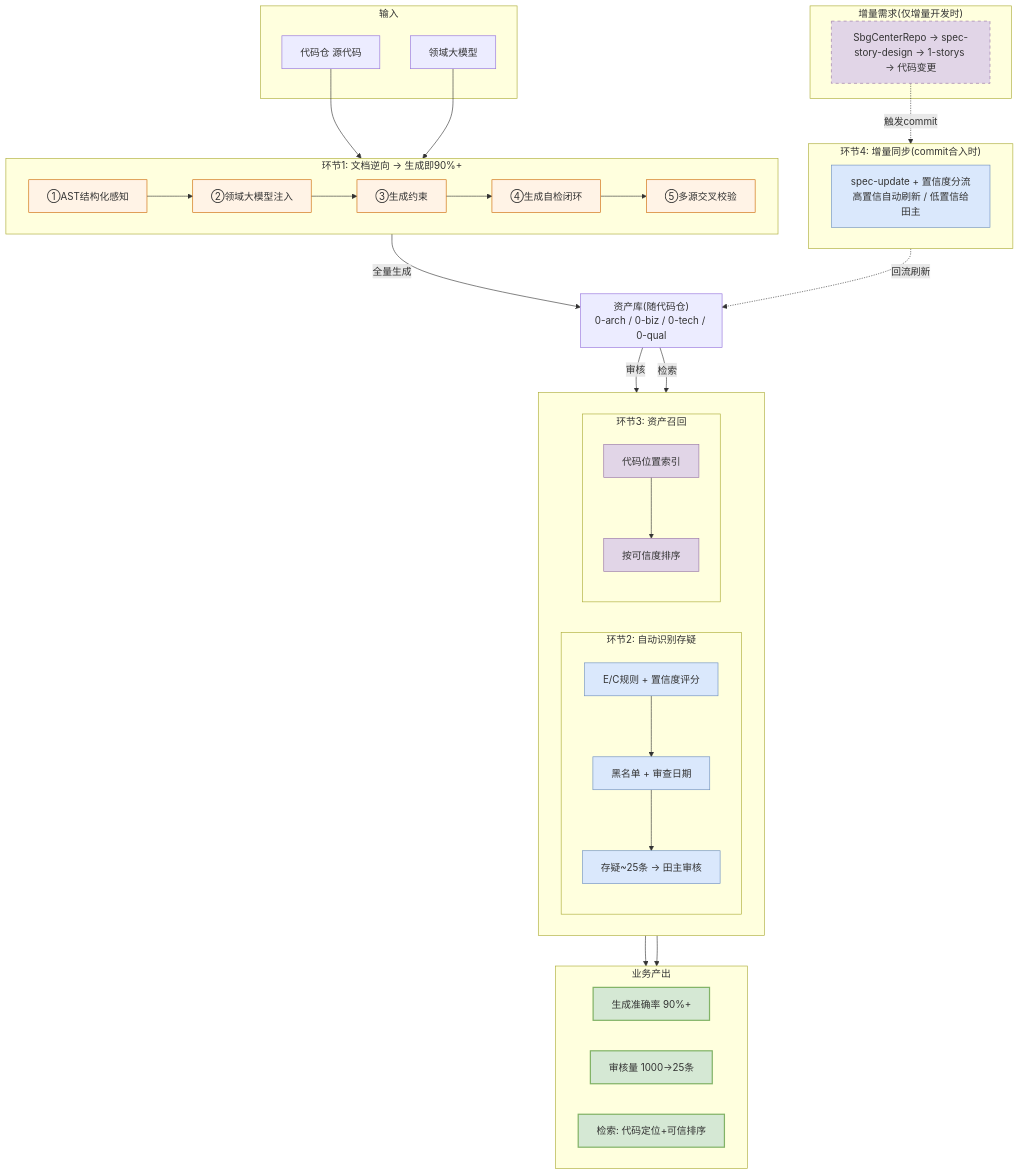
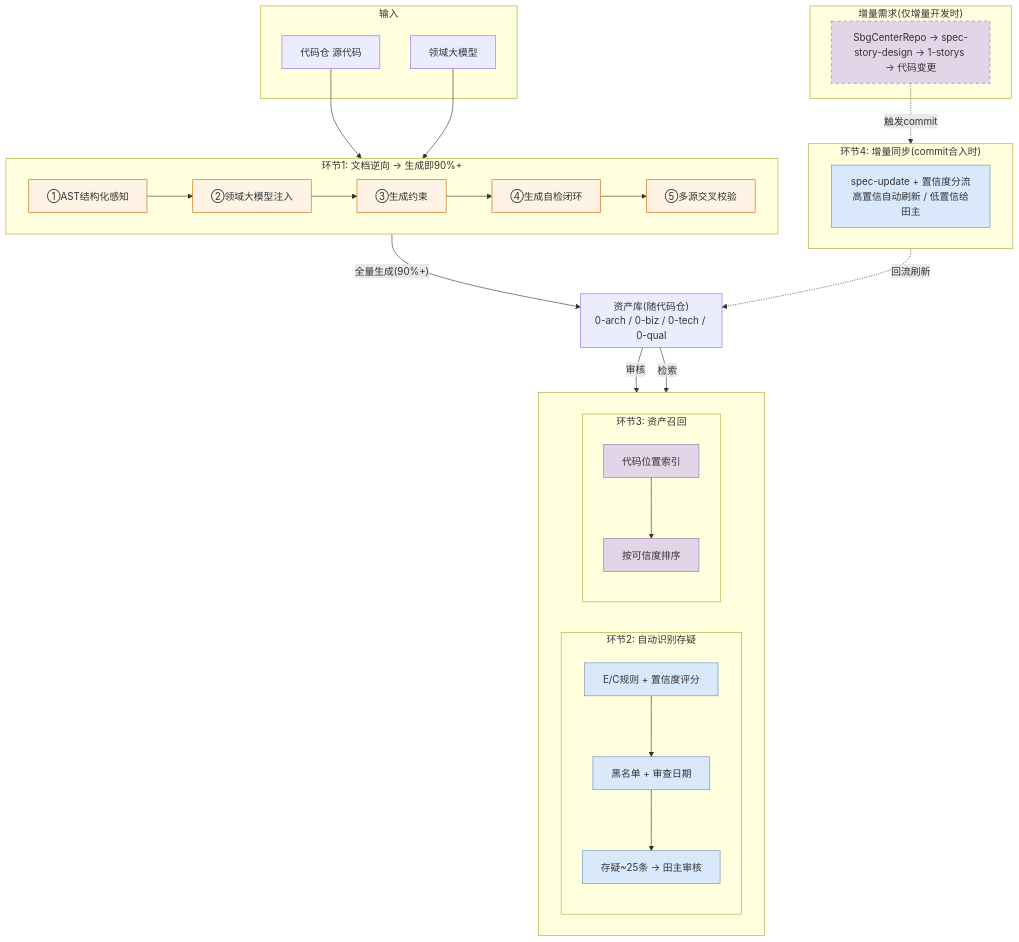
Before and after one commit to hututuxinyu/Memory: the first of 3 diagrams in POC/云核知识资产治理解决方案.md, drawn with Mermaid.

Commit message:
fix: remove Output layer from architecture diagram — business outcomes are results not a processing step, annotate on each environment instead

````diff
--- a/POC/云核知识资产治理解决方案.md
+++ b/POC/云核知识资产治理解决方案.md
@@ -18,75 +18,64 @@
 ```mermaid
 flowchart TB
     subgraph Input["输入"]
         I1["代码仓 源代码"]
         I2["领域大模型"]
     end
 
     subgraph R1["环节1: 文档逆向 → 生成即90%+"]
         direction LR
         R1a["①AST结构化感知"]
         R1b["②领域大模型注入"]
         R1c["③生成约束"]
         R1d["④生成自检闭环"]
         R1e["⑤多源交叉校验"]
         R1a --> R1b --> R1c --> R1d --> R1e
     end
 
     subgraph Assets["资产库(随代码仓)<br/>0-arch / 0-biz / 0-tech / 0-qual"]
     end
 
     subgraph Bottom[" "]
         direction LR
         subgraph R2["环节2: 自动识别存疑"]
             R2a["E/C规则 + 置信度评分"]
             R2b["黑名单 + 审查日期"]
             R2c["存疑~25条 → 田主审核"]
             R2a --> R2b --> R2c
         end
         subgraph R3["环节3: 资产召回"]
             R3a["代码位置索引"]
             R3b["按可信度排序"]
             R3a --> R3b
         end
     end
 
     subgraph R4["环节4: 增量同步(commit合入时)"]
         R4a["spec-update + 置信度分流<br/>高置信自动刷新 / 低置信给田主"]
     end
 
-    subgraph Output["业务产出"]
-        O1["生成准确率 90%+"]
-        O2["审核量 1000→25条"]
-        O3["检索: 代码定位+可信排序"]
-    end
-
     I1 --> R1
     I2 --> R1
-    R1 -->|"全量生成"| Assets
+    R1 -->|"全量生成(90%+)"| Assets
     Assets -->|"审核"| R2
     Assets -->|"检索"| R3
-    R2 --> Output
-    R3 --> Output
     R4 -.->|"回流刷新"| Assets
 
     subgraph Trigger["增量需求(仅增量开发时)"]
         T1["SbgCenterRepo → spec-story-design → 1-storys → 代码变更"]
     end
     T1 -.->|"触发commit"| R4
 
     style R1a fill:#fff3e6,stroke:#cc6600
     style R1b fill:#fff3e6,stroke:#cc6600
     style R1c fill:#fff3e6,stroke:#cc6600
     style R1d fill:#fff3e6,stroke:#cc6600
     style R1e fill:#fff3e6,stroke:#cc6600
     style R2a fill:#dae8fc,stroke:#6c8ebf
     style R2b fill:#dae8fc,stroke:#6c8ebf
     style R2c fill:#dae8fc,stroke:#6c8ebf
     style R3a fill:#e1d5e7,stroke:#9673a6
     style R3b fill:#e1d5e7,stroke:#9673a6
     style R4a fill:#dae8fc,stroke:#6c8ebf
-    style O1 fill:#d5e8d4,stroke:#82b366,stroke-width:2px
-    style O2 fill:#d5e8d4,stroke:#82b366,stroke-width:2px
-    style O3 fill:#d5e8d4,stroke:#82b366,stroke-width:2px
     style T1 fill:#e1d5e7,stroke:#9673a6,stroke-dasharray:5 5
 ```
````
